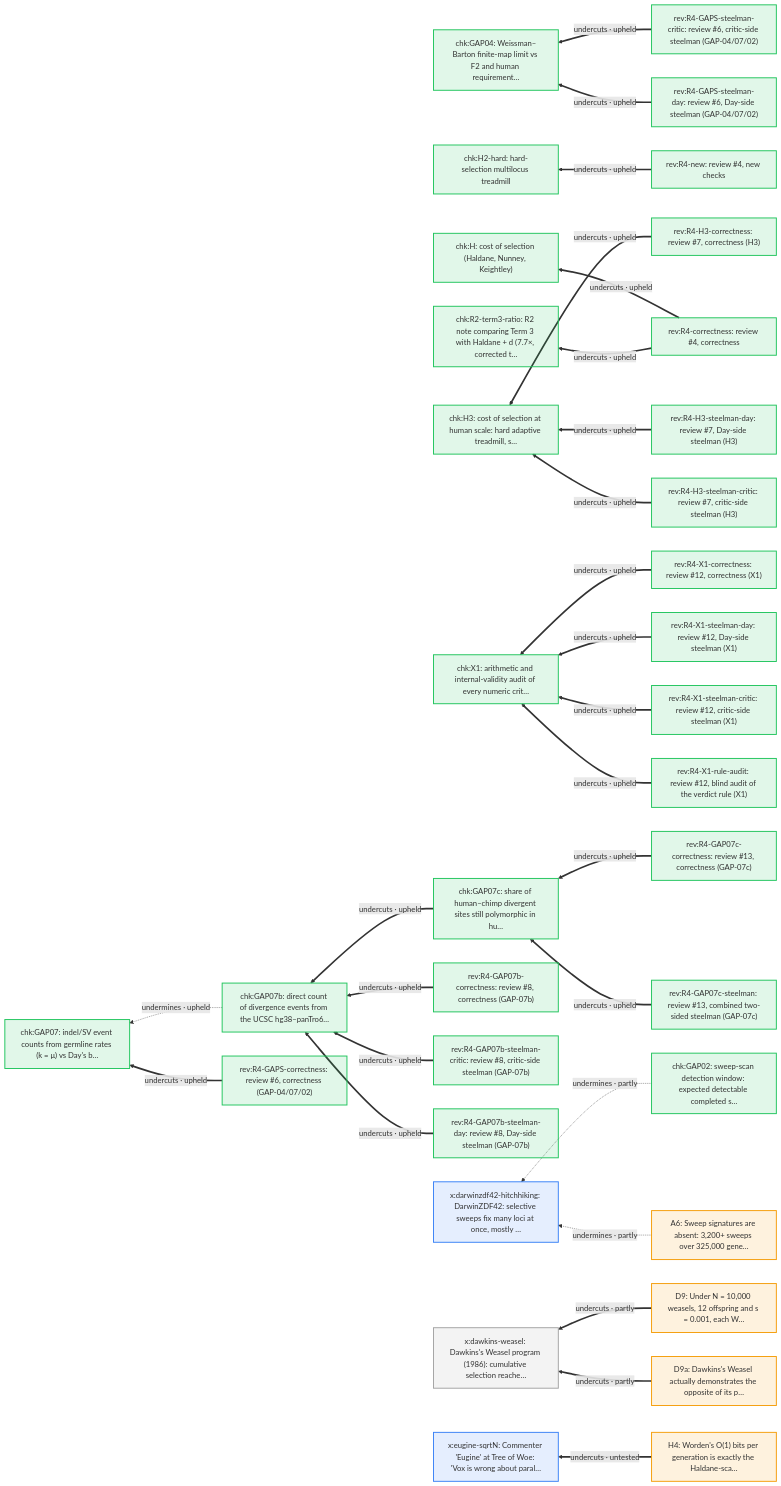
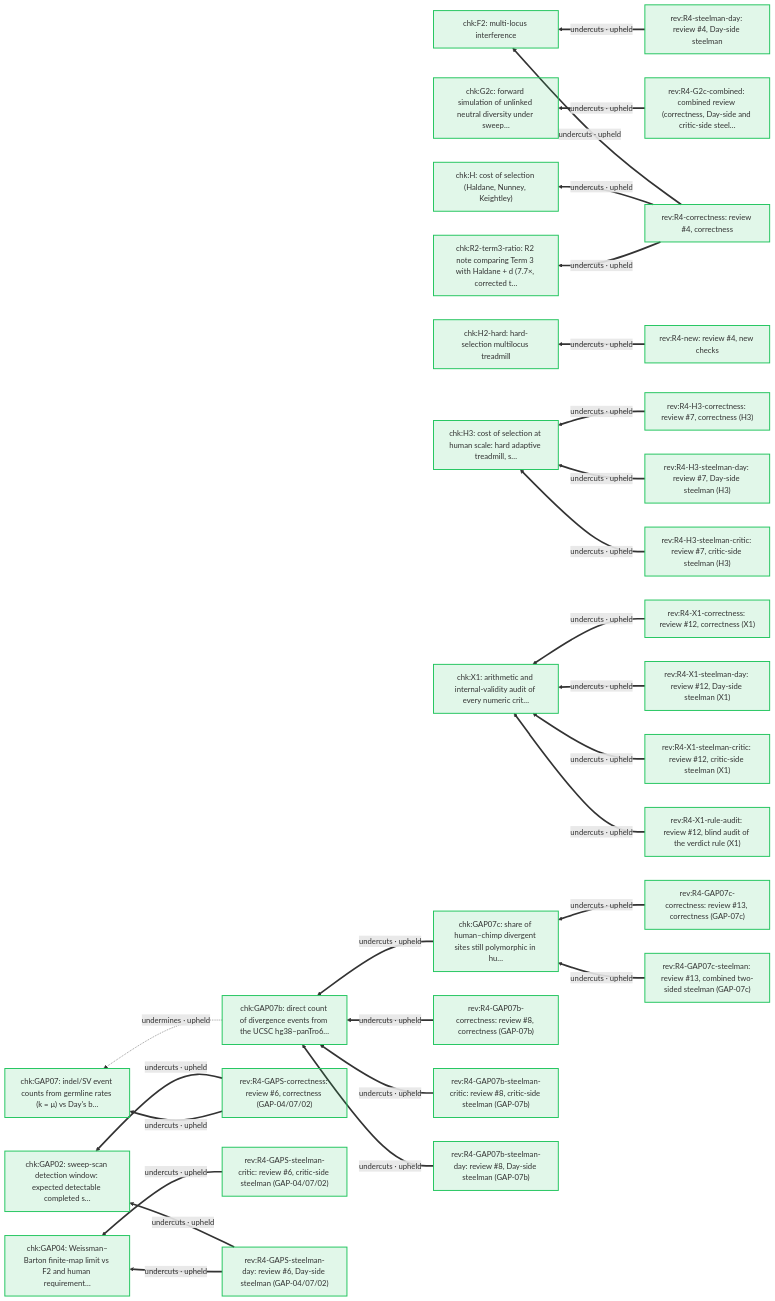
Before and after one commit to nickallevato/evo-sim: diagram 18 of 19 in docs/arguments/defeaters.md, drawn with Mermaid. The commit also changed other lines of this file and 18 other files, not shown here.

````diff
--- a/docs/arguments/defeaters.md
+++ b/docs/arguments/defeaters.md
@@ -896,67 +909,64 @@
 ```mermaid
 flowchart RL
   classDef day fill:#f59e0b22,stroke:#f59e0b,stroke-width:2px
   classDef ally fill:#d9770622,stroke:#d97706,stroke-width:2px
   classDef critic fill:#3b82f622,stroke:#3b82f6,stroke-width:2px
   classDef literature fill:#a3a3a322,stroke:#a3a3a3,stroke-width:2px
   classDef audit fill:#22c55e22,stroke:#22c55e,stroke-width:2px
-  A6["A6: Sweep signatures are absent: 3,200+ sweeps over 325,000 gene…"]:::day
-  D9["D9: Under N = 10,000 weasels, 12 offspring and s = 0.001, each W…"]:::day
-  D9a["D9a: Dawkins's Weasel actually demonstrates the opposite of its p…"]:::day
-  H4["H4: Worden's O(1) bits per generation is exactly the Haldane-sca…"]:::day
+  chk_F2["chk:F2: multi-locus interference"]:::audit
+  chk_G2c["chk:G2c: forward simulation of unlinked neutral diversity under sweep…"]:::audit
   chk_GAP02["chk:GAP02: sweep-scan detection window: expected detectable completed s…"]:::audit
   chk_GAP04["chk:GAP04: Weissman–Barton finite-map limit vs F2 and human requirement…"]:::audit
   chk_GAP07["chk:GAP07: indel/SV event counts from germline rates (k = μ) vs Day's b…"]:::audit
   chk_GAP07b["chk:GAP07b: direct count of divergence events from the UCSC hg38–panTro6…"]:::audit
   chk_GAP07c["chk:GAP07c: share of human–chimp divergent sites still polymorphic in hu…"]:::audit
   chk_H["chk:H: cost of selection (Haldane, Nunney, Keightley)"]:::audit
   chk_H2_hard["chk:H2-hard: hard-selection multilocus treadmill"]:::audit
   chk_H3["chk:H3: cost of selection at human scale: hard adaptive treadmill, s…"]:::audit
   chk_R2_term3_ratio["chk:R2-term3-ratio: R2 note comparing Term 3 with Haldane + d (7.7×, corrected t…"]:::audit
   chk_X1["chk:X1: arithmetic and internal-validity audit of every numeric crit…"]:::audit
+  rev_R4_G2c_combined["rev:R4-G2c-combined: combined review (correctness, Day-side and critic-side steel…"]:::audit
   rev_R4_GAP07b_correctness["rev:R4-GAP07b-correctness: review #8, correctness (GAP-07b)"]:::audit
   rev_R4_GAP07b_steelman_critic["rev:R4-GAP07b-steelman-critic: review #8, critic-side steelman (GAP-07b)"]:::audit
   rev_R4_GAP07b_steelman_day["rev:R4-GAP07b-steelman-day: review #8, Day-side steelman (GAP-07b)"]:::audit
   rev_R4_GAP07c_correctness["rev:R4-GAP07c-correctness: review #13, correctness (GAP-07c)"]:::audit
   rev_R4_GAP07c_steelman["rev:R4-GAP07c-steelman: review #13, combined two-sided steelman (GAP-07c)"]:::audit
   rev_R4_GAPS_correctness["rev:R4-GAPS-correctness: review #6, correctness (GAP-04/07/02)"]:::audit
   rev_R4_GAPS_steelman_critic["rev:R4-GAPS-steelman-critic: review #6, critic-side steelman (GAP-04/07/02)"]:::audit
   rev_R4_GAPS_steelman_day["rev:R4-GAPS-steelman-day: review #6, Day-side steelman (GAP-04/07/02)"]:::audit
   rev_R4_H3_correctness["rev:R4-H3-correctness: review #7, correctness (H3)"]:::audit
   rev_R4_H3_steelman_critic["rev:R4-H3-steelman-critic: review #7, critic-side steelman (H3)"]:::audit
   rev_R4_H3_steelman_day["rev:R4-H3-steelman-day: review #7, Day-side steelman (H3)"]:::audit
   rev_R4_X1_correctness["rev:R4-X1-correctness: review #12, correctness (X1)"]:::audit
   rev_R4_X1_rule_audit["rev:R4-X1-rule-audit: review #12, blind audit of the verdict rule (X1)"]:::audit
   rev_R4_X1_steelman_critic["rev:R4-X1-steelman-critic: review #12, critic-side steelman (X1)"]:::audit
   rev_R4_X1_steelman_day["rev:R4-X1-steelman-day: review #12, Day-side steelman (X1)"]:::audit
   rev_R4_correctness["rev:R4-correctness: review #4, correctness"]:::audit
   rev_R4_new["rev:R4-new: review #4, new checks"]:::audit
-  x_darwinzdf42_hitchhiking["x:darwinzdf42-hitchhiking: DarwinZDF42: selective sweeps fix many loci at once, mostly …"]:::critic
-  x_dawkins_weasel["x:dawkins-weasel: Dawkins's Weasel program (1986): cumulative selection reache…"]:::literature
-  x_eugine_sqrtN["x:eugine-sqrtN: Commenter 'Eugine' at Tree of Woe: 'Vox is wrong about paral…"]:::critic
+  rev_R4_steelman_day["rev:R4-steelman-day: review #4, Day-side steelman"]:::audit
+  rev_R4_correctness ==>|"undercuts · upheld"| chk_F2
+  rev_R4_steelman_day ==>|"undercuts · upheld"| chk_F2
+  rev_R4_G2c_combined ==>|"undercuts · upheld"| chk_G2c
+  rev_R4_GAPS_correctness ==>|"undercuts · upheld"| chk_GAP02
+  rev_R4_GAPS_steelman_day ==>|"undercuts · upheld"| chk_GAP02
   rev_R4_GAPS_steelman_critic ==>|"undercuts · upheld"| chk_GAP04
   rev_R4_GAPS_steelman_day ==>|"undercuts · upheld"| chk_GAP04
   rev_R4_GAPS_correctness ==>|"undercuts · upheld"| chk_GAP07
   chk_GAP07b -.->|"undermines · upheld"| chk_GAP07
   rev_R4_GAP07b_correctness ==>|"undercuts · upheld"| chk_GAP07b
   rev_R4_GAP07b_steelman_day ==>|"undercuts · upheld"| chk_GAP07b
   rev_R4_GAP07b_steelman_critic ==>|"undercuts · upheld"| chk_GAP07b
   chk_GAP07c ==>|"undercuts · upheld"| chk_GAP07b
   rev_R4_GAP07c_correctness ==>|"undercuts · upheld"| chk_GAP07c
   rev_R4_GAP07c_steelman ==>|"undercuts · upheld"| chk_GAP07c
   rev_R4_correctness ==>|"undercuts · upheld"| chk_H
   rev_R4_new ==>|"undercuts · upheld"| chk_H2_hard
   rev_R4_H3_correctness ==>|"undercuts · upheld"| chk_H3
   rev_R4_H3_steelman_day ==>|"undercuts · upheld"| chk_H3
   rev_R4_H3_steelman_critic ==>|"undercuts · upheld"| chk_H3
   rev_R4_correctness ==>|"undercuts · upheld"| chk_R2_term3_ratio
   rev_R4_X1_correctness ==>|"undercuts · upheld"| chk_X1
   rev_R4_X1_steelman_day ==>|"undercuts · upheld"| chk_X1
   rev_R4_X1_steelman_critic ==>|"undercuts · upheld"| chk_X1
   rev_R4_X1_rule_audit ==>|"undercuts · upheld"| chk_X1
-  chk_GAP02 -.->|"undermines · partly"| x_darwinzdf42_hitchhiking
-  A6 -.->|"undermines · partly"| x_darwinzdf42_hitchhiking
-  D9 ==>|"undercuts · partly"| x_dawkins_weasel
-  D9a ==>|"undercuts · partly"| x_dawkins_weasel
-  H4 ==>|"undercuts · untested"| x_eugine_sqrtN
 ```
````
